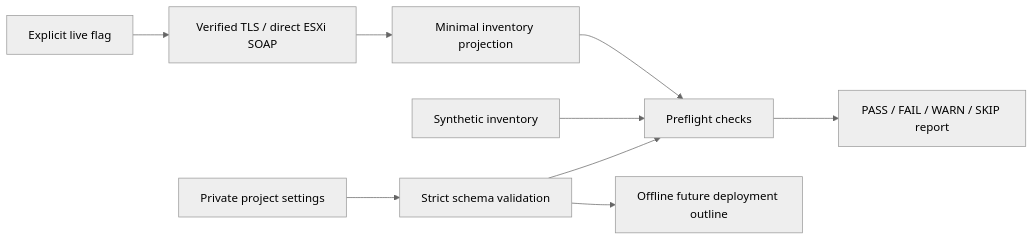
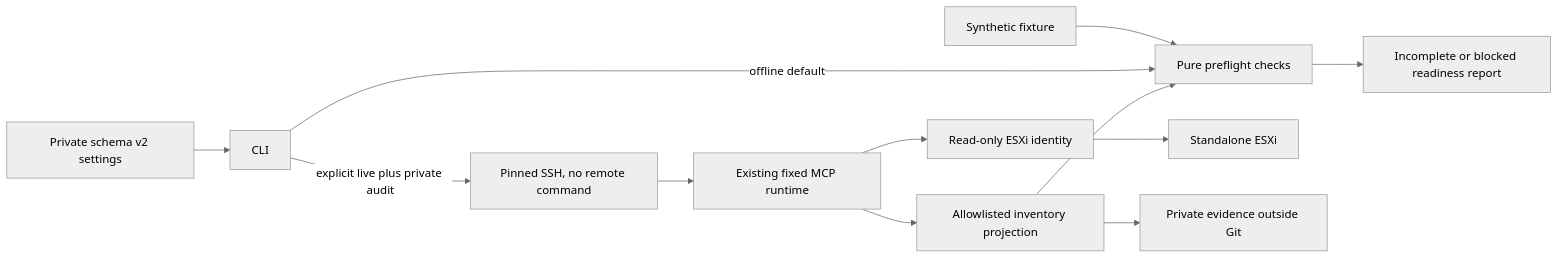
The diagram in docs/architecture.md (james-sciortino/cisco-ise-ztp), drawn with Mermaid (neutral theme) before and after one commit. The commit also changed other lines of this file and 24 other files, not shown here.

Commit message:
Use restricted MCP for ISE read-only preflight

````diff
--- a/docs/architecture.md
+++ b/docs/architecture.md
@@ -7,11 +8,14 @@
 ```mermaid
 flowchart LR
-    A[Private project settings] --> B[Strict schema validation]
-    B --> C[Preflight checks]
-    D[Synthetic inventory] --> C
-    E[Explicit live flag] --> F[Verified TLS / direct ESXi SOAP]
-    F --> G[Minimal inventory projection]
-    G --> C
-    C --> H[PASS / FAIL / WARN / SKIP report]
-    B --> I[Offline future deployment outline]
+    A[Private schema v2 settings] --> B[CLI]
+    F[Synthetic fixture] --> P[Pure preflight checks]
+    B -->|offline default| P
+    B -->|explicit live plus private audit| S[Pinned SSH, no remote command]
+    S --> M[Existing fixed MCP runtime]
+    M --> R[Read-only ESXi identity]
+    R --> E[Standalone ESXi]
+    M --> N[Allowlisted inventory projection]
+    N --> P
+    N --> V[Private evidence outside Git]
+    P --> Q[Incomplete or blocked readiness report]
 ```
````
